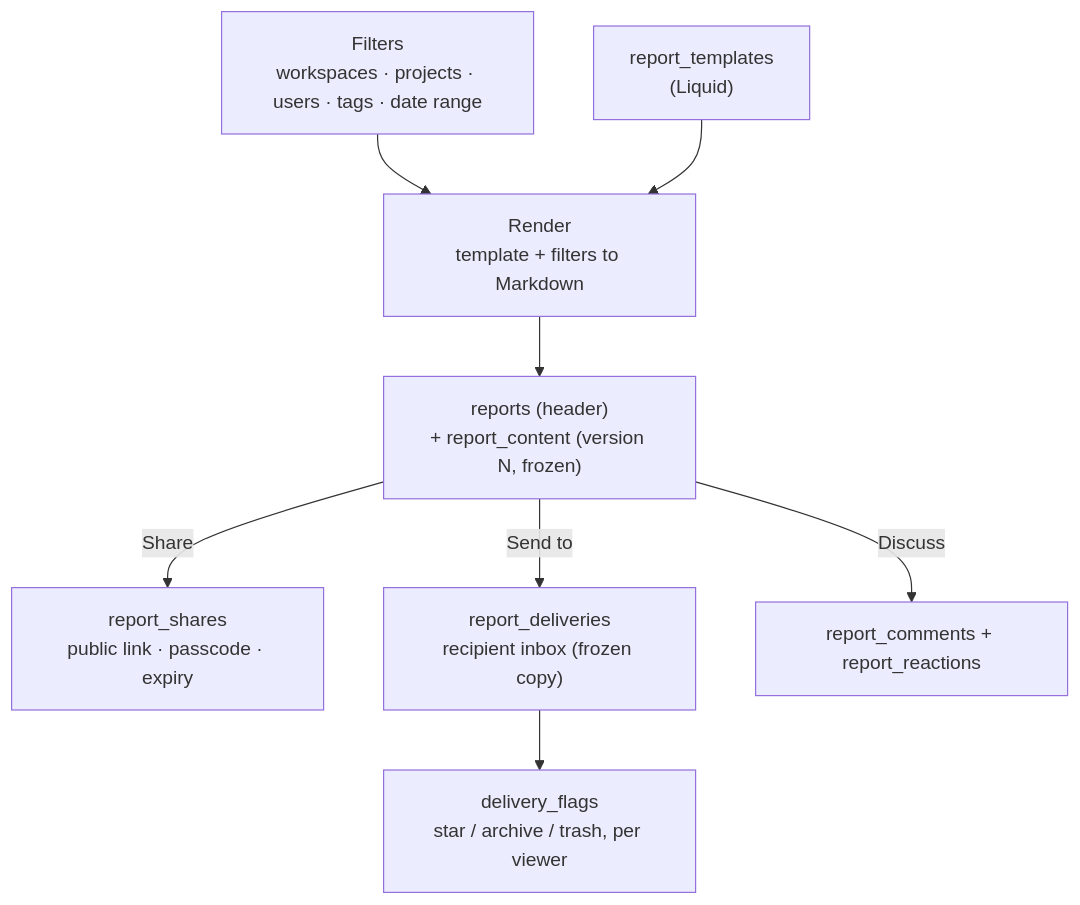
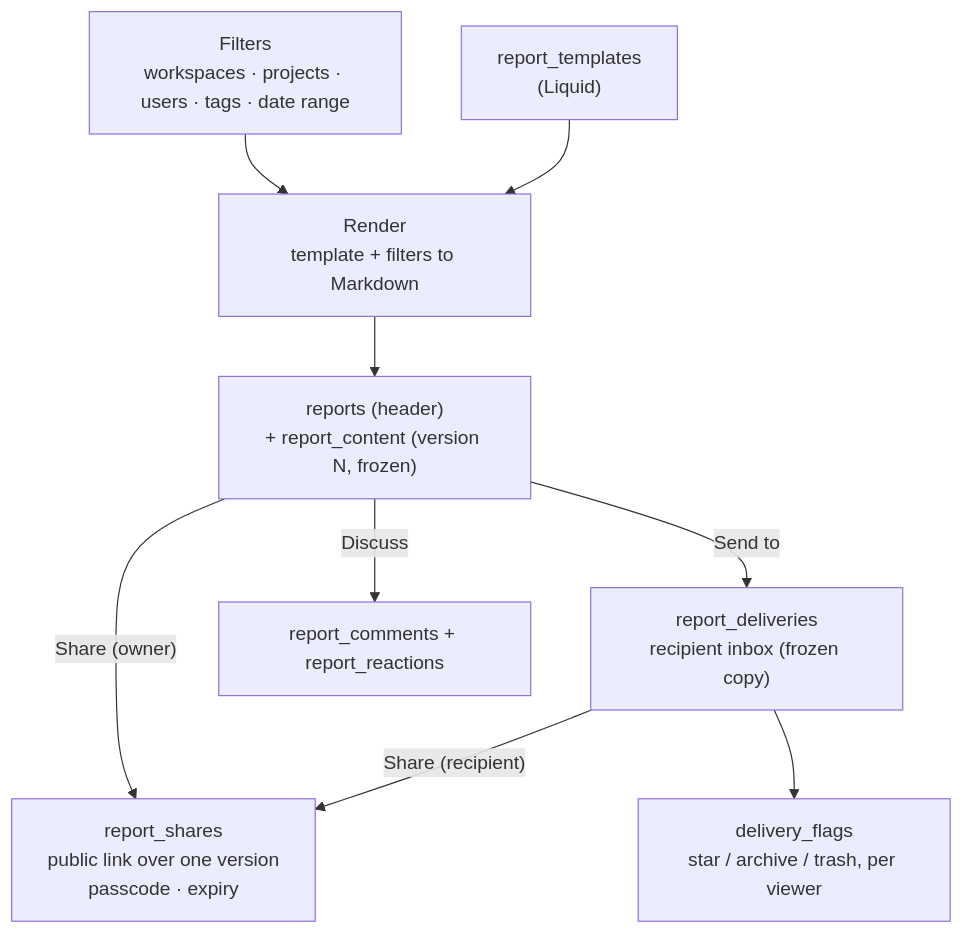
Before and after one commit to spantail/spantail: the ninth of 9 diagrams in docs/data-model.md, drawn with Mermaid. The commit also changed other lines of this file and 33 other files, not shown here.

First line of the commit message:
feat(reports,inbox): let recipients share received reports; rebase shares on content versions (#145)

````diff
--- a/docs/data-model.md
+++ b/docs/data-model.md
@@ -294,10 +296,11 @@
 ```mermaid
 flowchart TB
     FILT["Filters<br/>workspaces · projects · users · tags · date range"] --> RUN["Render<br/>template + filters to Markdown"]
     TPL["report_templates<br/>(Liquid)"] --> RUN
     RUN --> REP["reports (header)<br/>+ report_content (version N, frozen)"]
-    REP -->|"Share"| SH["report_shares<br/>public link · passcode · expiry"]
+    REP -->|"Share (owner)"| SH["report_shares<br/>public link over one version<br/>passcode · expiry"]
     REP -->|"Send to"| DEL["report_deliveries<br/>recipient inbox (frozen copy)"]
+    DEL -->|"Share (recipient)"| SH
     REP -->|"Discuss"| DIS["report_comments + report_reactions"]
     DEL --> FLAG["delivery_flags<br/>star / archive / trash, per viewer"]
 ```
````
